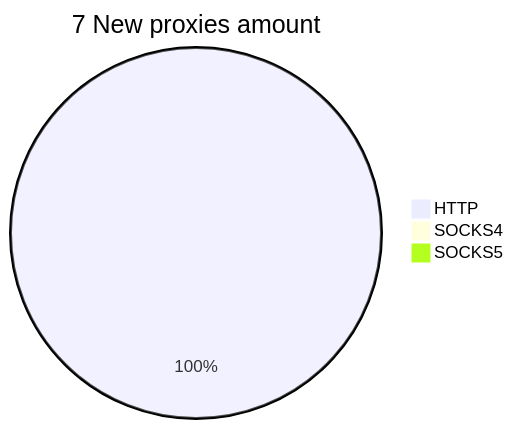
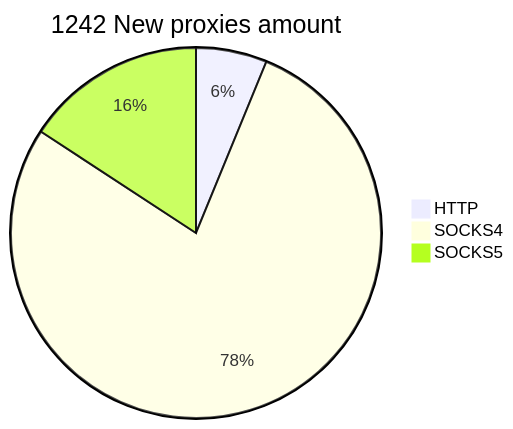
The second of 2 diagrams in README.md (cutipu/proxylist), drawn with Mermaid before and after one commit. The commit also changed other lines of this file, not shown here.

````diff
--- a/README.md
+++ b/README.md
@@ -10,6 +10,6 @@
 ```mermaid
-pie title 7 New proxies amount
-    "HTTP" : 7
-    "SOCKS4" : 0
-    "SOCKS5" : 0
+pie title 1242 New proxies amount
+    "HTTP" : 77
+    "SOCKS4" : 969
+    "SOCKS5" : 196
 ```
````
